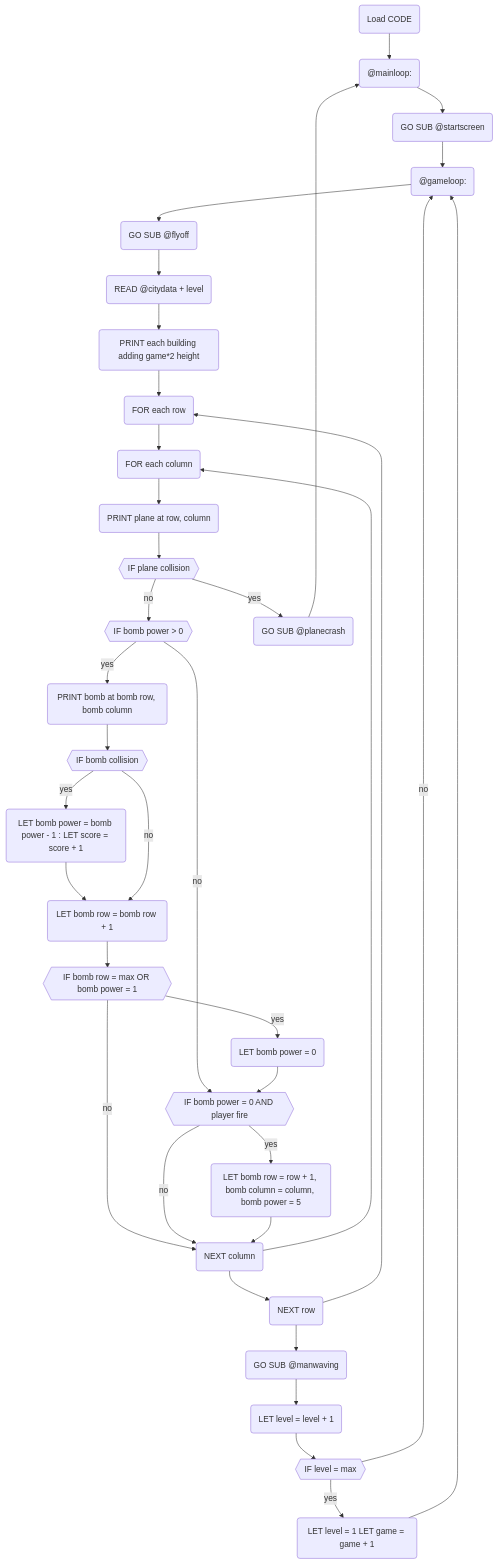
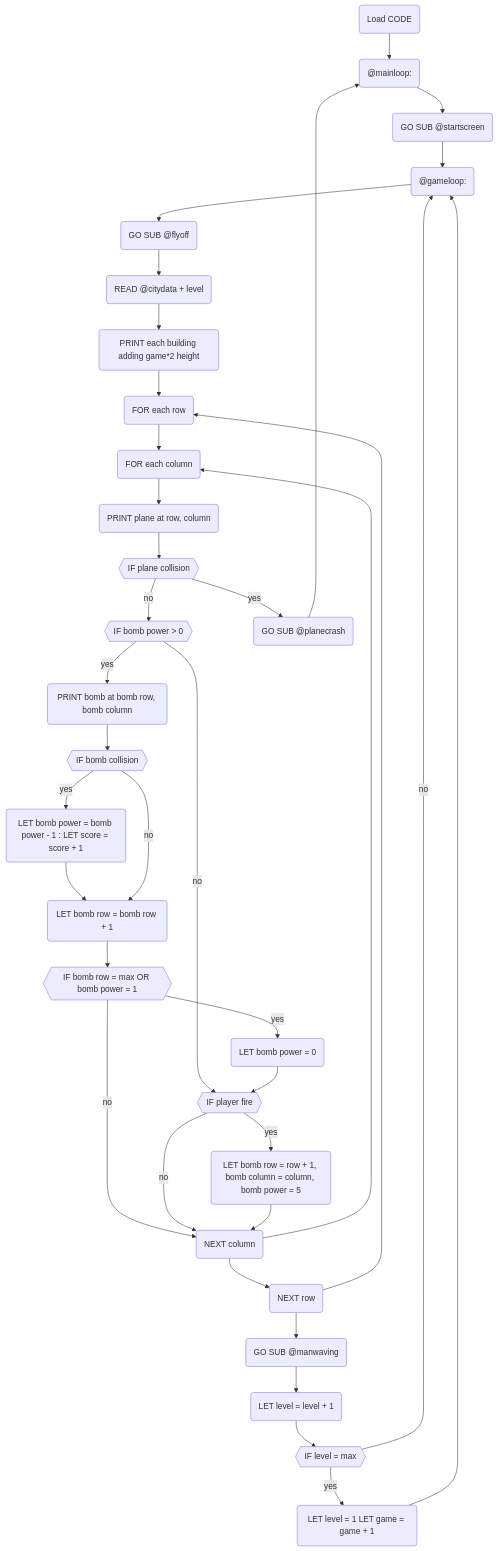
One commit to eigengrouse/eigengrouse changed the diagram in src/pages/eigenblitz.mdx. Above: the diagram before and after it, drawn with Mermaid. The commit also changed other lines of this file, not shown here.

Commit message:
no need to check for power again in flowchart and added more text describing implementation

````diff
--- a/src/pages/eigenblitz.mdx
+++ b/src/pages/eigenblitz.mdx
@@ -56,68 +58,68 @@
 ```mermaid
 flowchart TD
     load_font("Load CODE")
     mainloop("@mainloop:")
     gosub_startscreen("GO SUB @startscreen")
     gameloop("@gameloop:")
     gosub_flyoff("GO SUB @flyoff")
     load_citydata("READ @citydata + level")
     print_city("PRINT each building adding game*2 height")
     for_x_coordinates("FOR each row")
     for_y_coordinates("FOR each column")
     print_plane("PRINT plane at row, column")
     q_bomb_power{{"IF bomb power > 0"}}
     print_bomb("PRINT bomb at bomb row, bomb column")
     q_plane_collision{{"IF plane collision"}}
     gosub_planecrash("GO SUB @planecrash")
     q_bomb_collision{{"IF bomb collision"}}
     update_bomb_power("LET bomb power = bomb power - 1 : LET score = score + 1")
     update_bomb_row("LET bomb row = bomb row + 1")
     q_bomb_ground{{IF bomb row = max OR bomb power = 1}}
     remove_bomb("LET bomb power = 0")
-    q_player_fire{{"IF bomb power = 0 AND player fire"}}
+    q_player_fire{{"IF player fire"}}
     player_fire("LET bomb row = row + 1, bomb column = column, bomb power = 5")
     next_y_coordinates("NEXT column")
     next_x_coordinates("NEXT row")
     gosub_manwaving("GO SUB @manwaving")
     level_up("LET level = level + 1")
     q_max_level{{"IF level = max"}}
     game_up("LET level = 1 LET game = game + 1")
 
     load_font --> mainloop
     mainloop --> gosub_startscreen
     gosub_startscreen --> gameloop
     gameloop --> gosub_flyoff
     gosub_flyoff --> load_citydata
     load_citydata --> print_city
     print_city --> for_x_coordinates
     for_x_coordinates --> for_y_coordinates
     for_y_coordinates --> print_plane
     print_plane --> q_plane_collision
     q_bomb_power -- yes --> print_bomb
     print_bomb --> q_bomb_collision
     q_bomb_power -- no --> q_player_fire
     q_plane_collision -- yes --> gosub_planecrash
     gosub_planecrash --> mainloop
     q_plane_collision -- no --> 
     q_bomb_power
     q_bomb_collision -- yes --> update_bomb_power
     update_bomb_power --> update_bomb_row
     update_bomb_row --> q_bomb_ground
     q_bomb_collision -- no --> update_bomb_row 
     q_bomb_ground -- yes --> remove_bomb
     q_bomb_ground -- no --> next_y_coordinates
     q_player_fire -- yes --> player_fire
     q_player_fire -- no --> next_y_coordinates
     player_fire --> next_y_coordinates
     remove_bomb --> q_player_fire
     next_y_coordinates --> next_x_coordinates
     next_y_coordinates --> for_y_coordinates
     next_x_coordinates --> for_x_coordinates
     next_x_coordinates --> gosub_manwaving
     gosub_manwaving --> level_up
     level_up --> q_max_level
     q_max_level -- yes --> game_up
     q_max_level -- no --> gameloop
     game_up --> gameloop
 
 ```
````
